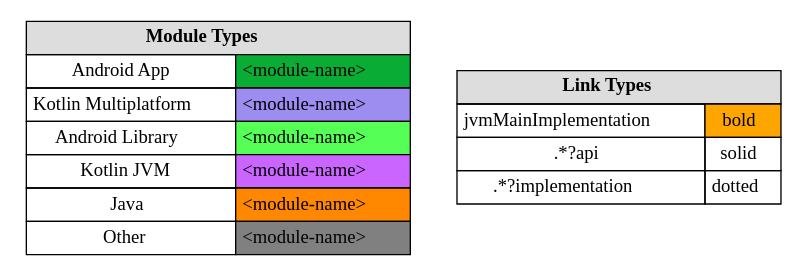
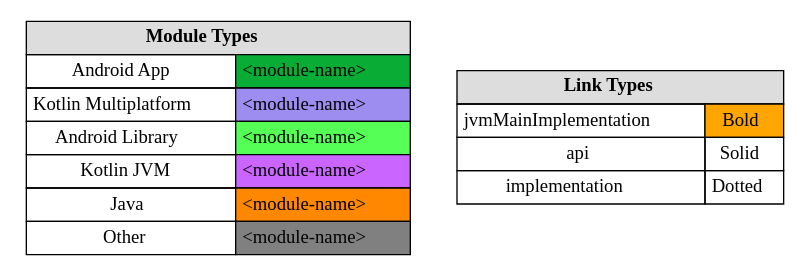
The diagram in sample/legend/legend.dot (jonapoul/atlas), drawn with Graphviz before and after one commit. The commit also changed 25 other files, not shown here.

```diff
--- a/sample/legend/legend.dot
+++ b/sample/legend/legend.dot
@@ -1,22 +1,22 @@
 digraph {
   node [shape=plaintext]
   modules [label=<
   <TABLE BORDER="0" CELLBORDER="1" CELLSPACING="0" CELLPADDING="4">
     <TR><TD COLSPAN="2" BGCOLOR="#DDDDDD"><B>Module Types</B></TD></TR>
     <TR><TD>Android App</TD><TD BGCOLOR="#09AD35">&lt;module-name&gt;</TD></TR>
     <TR><TD>Kotlin Multiplatform</TD><TD BGCOLOR="#9D8DF1">&lt;module-name&gt;</TD></TR>
     <TR><TD>Android Library</TD><TD BGCOLOR="#55FF55">&lt;module-name&gt;</TD></TR>
     <TR><TD>Kotlin JVM</TD><TD BGCOLOR="#CA66FF">&lt;module-name&gt;</TD></TR>
     <TR><TD>Java</TD><TD BGCOLOR="#FF8800">&lt;module-name&gt;</TD></TR>
     <TR><TD>Other</TD><TD BGCOLOR="#808080">&lt;module-name&gt;</TD></TR>
   </TABLE>
   >];
   links [label=<
   <TABLE BORDER="0" CELLBORDER="1" CELLSPACING="0" CELLPADDING="4">
     <TR><TD COLSPAN="2" BGCOLOR="#DDDDDD"><B>Link Types</B></TD></TR>
-    <TR><TD>jvmMainImplementation</TD><TD BGCOLOR="orange">bold</TD></TR>
-    <TR><TD>.*?api</TD><TD>solid</TD></TR>
-    <TR><TD>.*?implementation</TD><TD>dotted</TD></TR>
+    <TR><TD>jvmMainImplementation</TD><TD BGCOLOR="orange">Bold</TD></TR>
+    <TR><TD>api</TD><TD>Solid</TD></TR>
+    <TR><TD>implementation</TD><TD>Dotted</TD></TR>
   </TABLE>
   >];
 }
```
